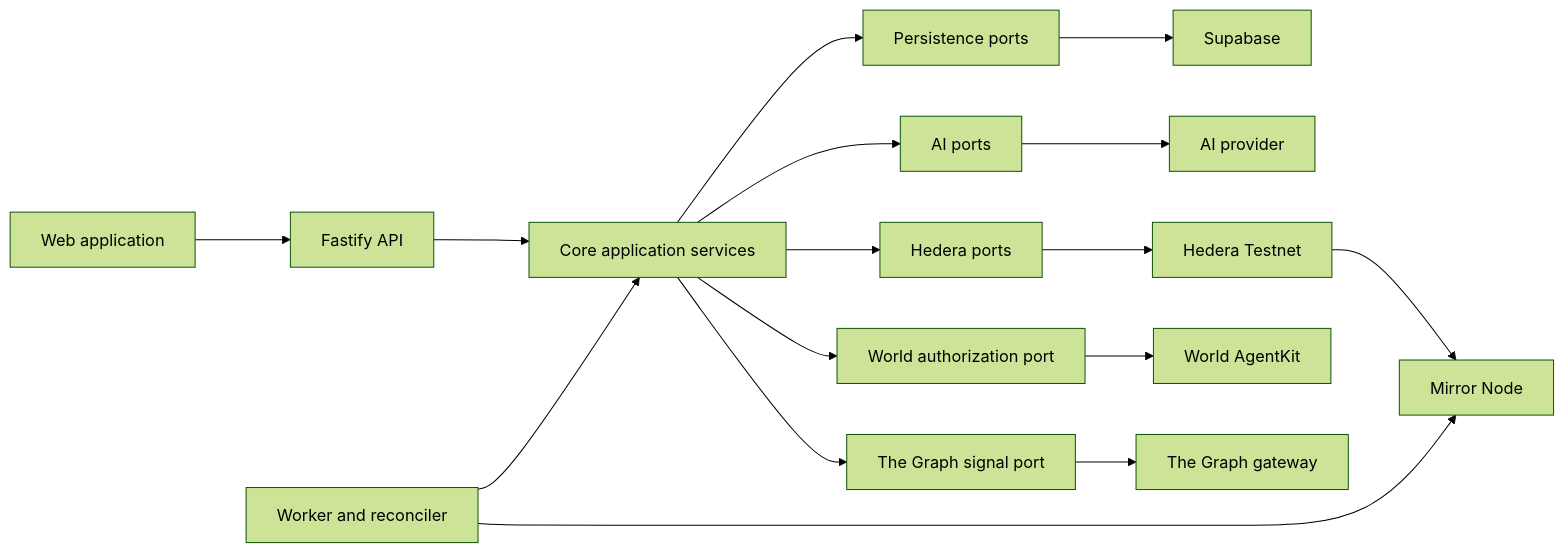
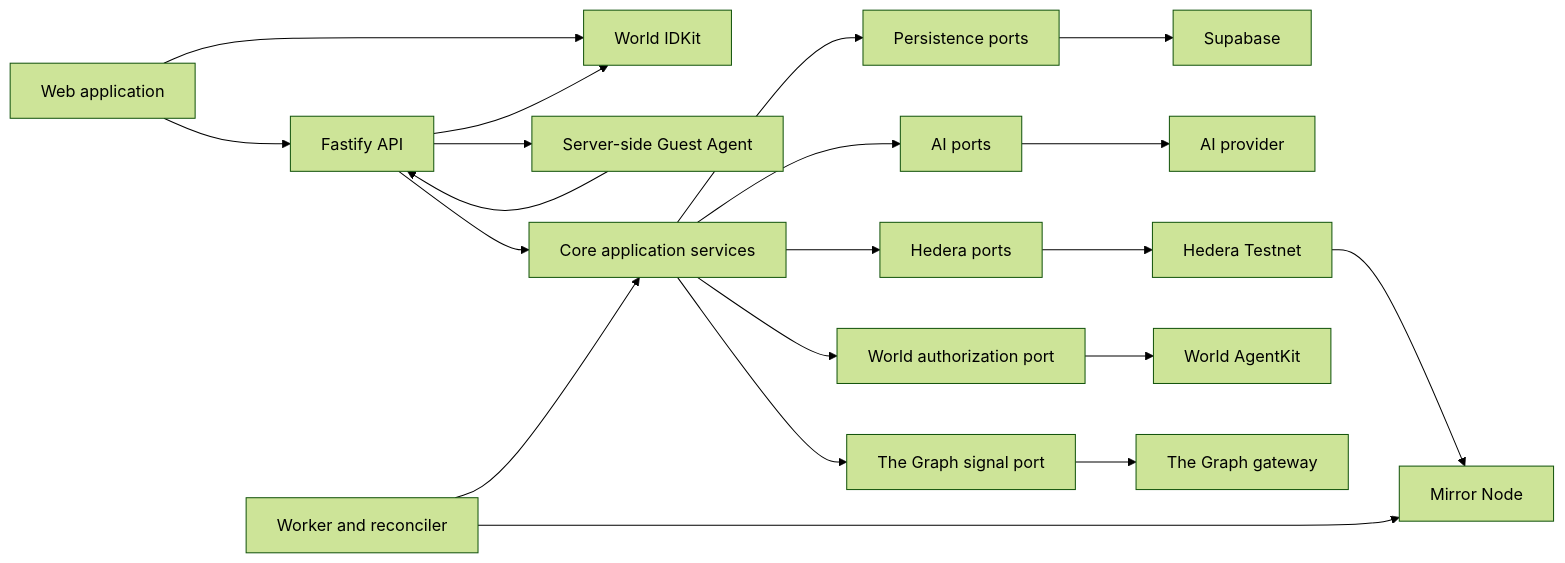
The first of 2 diagrams in docs/ARCHITECTURE.md (nadiia-balaian/nook-rent), drawn with Mermaid (forest theme) before and after one commit. The commit also changed other lines of this file and 33 other files, not shown here.

````diff
--- a/docs/ARCHITECTURE.md
+++ b/docs/ARCHITECTURE.md
@@ -17,21 +17,25 @@
 ```mermaid
 flowchart LR
   Browser["Web application"] --> API["Fastify API"]
+  Browser --> WorldID["World IDKit"]
+  API --> WorldID
+  API --> GuestAgent["Server-side Guest Agent"]
+  GuestAgent --> API
   API --> Core["Core application services"]
   Worker["Worker and reconciler"] --> Core
 
   Core --> DBPort["Persistence ports"]
   Core --> AIPort["AI ports"]
   Core --> HederaPort["Hedera ports"]
   Core --> WorldPort["World authorization port"]
   Core --> GraphPort["The Graph signal port"]
 
   DBPort --> Supabase["Supabase"]
   AIPort --> AI["AI provider"]
   HederaPort --> Hedera["Hedera Testnet"]
   WorldPort --> World["World AgentKit"]
   GraphPort --> Graph["The Graph gateway"]
 
   Hedera --> Mirror["Mirror Node"]
   Worker --> Mirror
 ```
````
